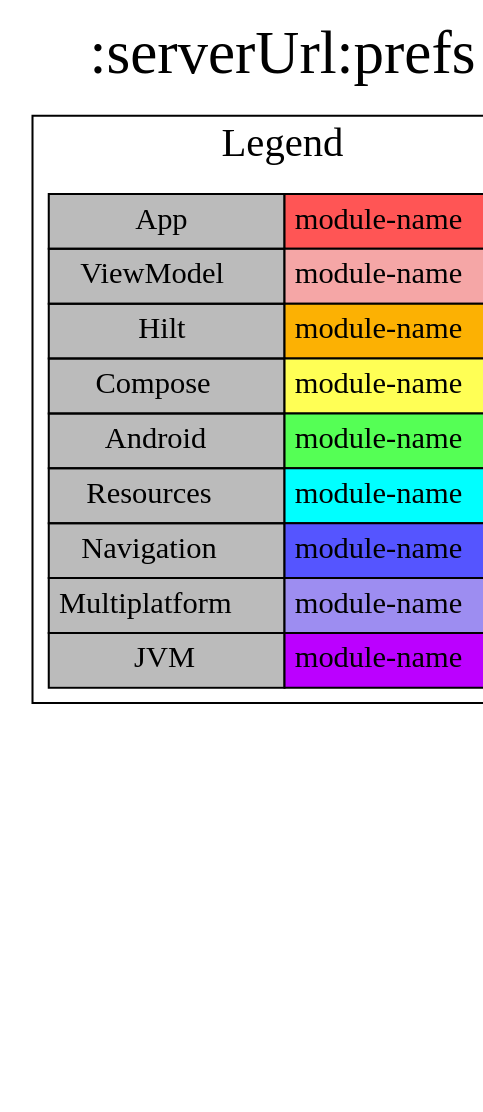
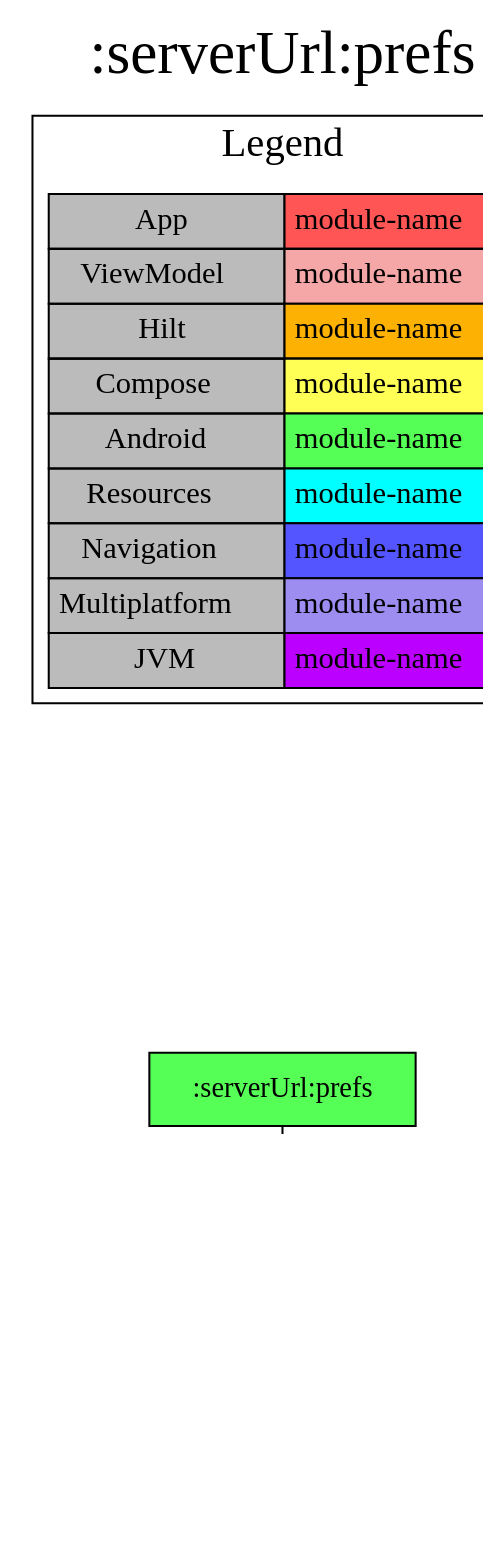
Before and after one commit to jonapoul/aktual: the diagram in modules/serverUrl/prefs/project-dependency-graph.dot, drawn with Graphviz. The commit also changed 11 other files, not shown here.

Commit message:
Fix ServerUrl

```diff
--- a/modules/serverUrl/prefs/project-dependency-graph.dot
+++ b/modules/serverUrl/prefs/project-dependency-graph.dot
@@ -1,27 +1,29 @@
 digraph {
 edge ["dir"="forward"]
 graph ["dpi"="100","label"=":serverUrl:prefs","labelloc"="t","fontsize"="30","ranksep"="2.5","rankdir"="TB"]
 node ["style"="filled"]
 ":serverUrl:prefs" ["fillcolor"="#55FF55","shape"="box"]
+":core:model" ["fillcolor"="#BB00FF","shape"="box"]
 {
 edge ["dir"="none"]
 graph ["rank"="same"]
 }
+":serverUrl:prefs" -> ":core:model"
 subgraph "cluster_legend" {
 edge ["dir"="none"]
 graph ["label"="Legend","fontsize"="20"]
 "Legend" ["style"="filled","fillcolor"="#bbbbbb","shape"="none","margin"="0","fontsize"="15","label"=<
 <TABLE BORDER="0" CELLBORDER="1" CELLSPACING="0" CELLPADDING="4">
 <TR><TD>App</TD><TD BGCOLOR="#FF5555">module-name</TD></TR>
 <TR><TD>ViewModel</TD><TD BGCOLOR="#F5A6A6">module-name</TD></TR>
 <TR><TD>Hilt</TD><TD BGCOLOR="#FCB103">module-name</TD></TR>
 <TR><TD>Compose</TD><TD BGCOLOR="#FFFF55">module-name</TD></TR>
 <TR><TD>Android</TD><TD BGCOLOR="#55FF55">module-name</TD></TR>
 <TR><TD>Resources</TD><TD BGCOLOR="#00FFFF">module-name</TD></TR>
 <TR><TD>Navigation</TD><TD BGCOLOR="#5555FF">module-name</TD></TR>
 <TR><TD>Multiplatform</TD><TD BGCOLOR="#9D8DF1">module-name</TD></TR>
 <TR><TD>JVM</TD><TD BGCOLOR="#BB00FF">module-name</TD></TR>
 </TABLE>
 >]
 } -> ":serverUrl:prefs" ["style"="invis"]
 }
```
